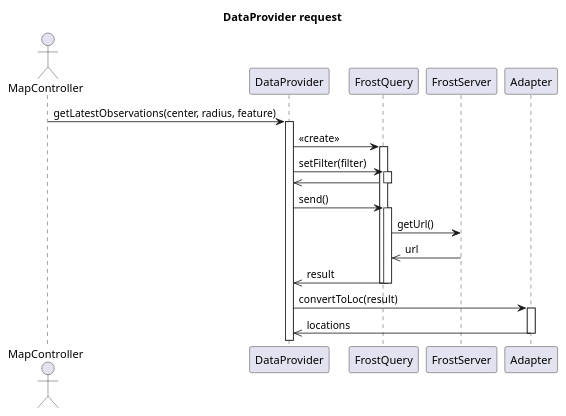
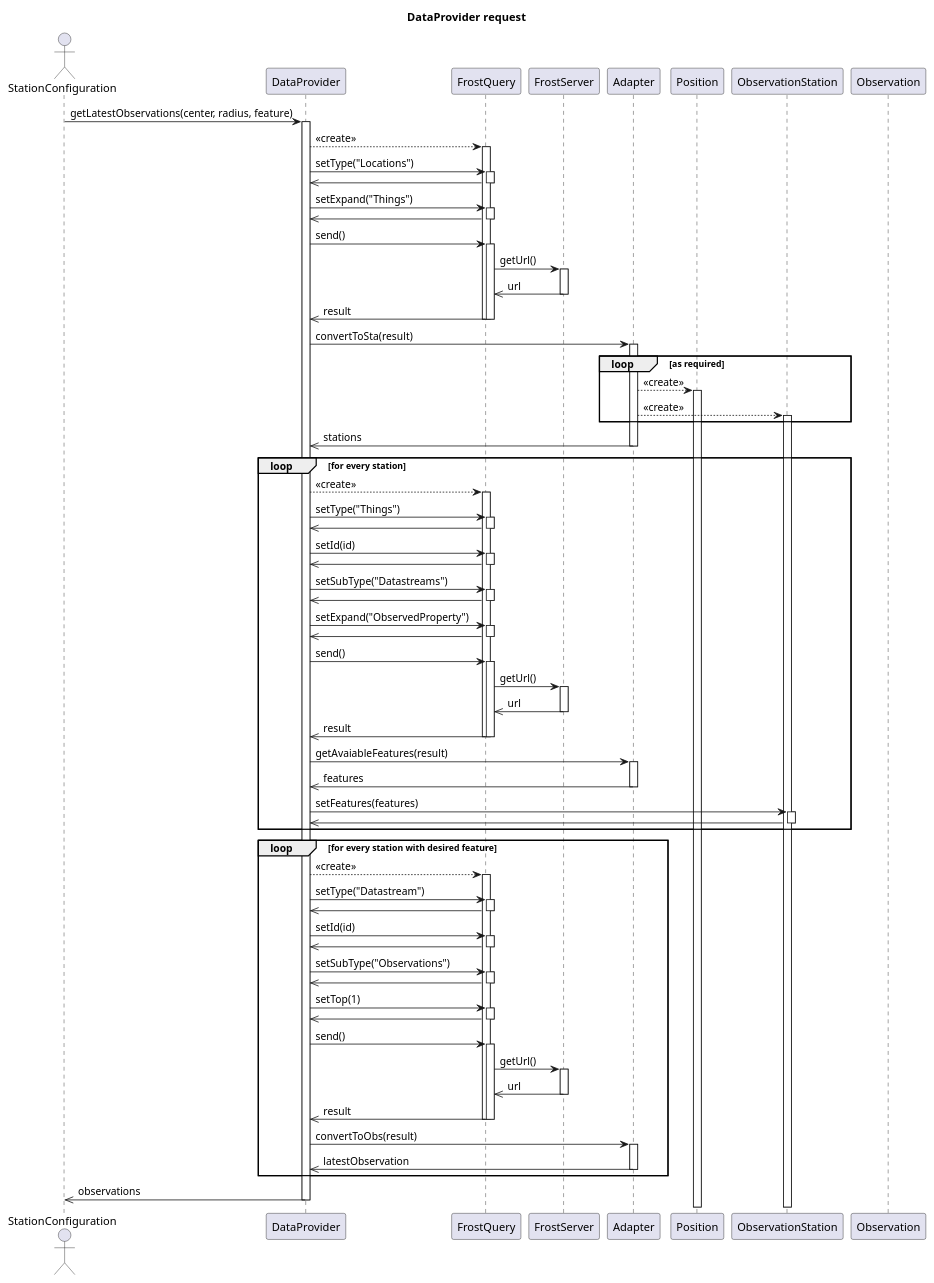
One commit to JonaEnz/pse-airquality-1 changed the diagram in Entwurf/PlantUML/FrostSeq.puml. Above: the diagram before and after it, drawn with PlantUML.

Commit message:
Complete Frost Seq

```diff
--- a/Entwurf/PlantUML/FrostSeq.puml
+++ b/Entwurf/PlantUML/FrostSeq.puml
@@ -1,26 +1,74 @@
 @startuml FrostSeq
 
 title DataProvider request
 
-actor MapController
+actor StationConfiguration
 participant DataProvider
 participant FrostQuery
 participant FrostServer
 participant Adapter
+participant Position
+participant ObservationStation
+participant Observation
 
 
-MapController -> DataProvider ++ : getLatestObservations(center, radius, feature)
-DataProvider -> FrostQuery ++ : <<create>>
-DataProvider -> FrostQuery ++ : setFilter(filter)
+StationConfiguration -> DataProvider ++ : getLatestObservations(center, radius, feature)
+DataProvider --> FrostQuery ++ : <<create>>
+DataProvider -> FrostQuery ++ : setType("Locations")
+FrostQuery ->> DataProvider -- 
+DataProvider -> FrostQuery ++ : setExpand("Things")
 FrostQuery ->> DataProvider --
-
 DataProvider -> FrostQuery ++ : send()
-FrostQuery -> FrostServer : getUrl()
-FrostServer ->> FrostQuery : url
+FrostQuery -> FrostServer ++ : getUrl()
+FrostServer ->> FrostQuery -- : url
 FrostQuery ->> DataProvider -- : result
 deactivate FrostQuery
-DataProvider -> Adapter ++ : convertToLoc(result)
-Adapter ->> DataProvider -- : locations 
+DataProvider -> Adapter ++ : convertToSta(result)
+loop as required
+Adapter --> Position ++ : <<create>>
+Adapter --> ObservationStation ++ : <<create>>
+end
+Adapter ->> DataProvider -- : stations
+loop for every station
+DataProvider --> FrostQuery ++ : <<create>>
+DataProvider -> FrostQuery ++ : setType("Things")
+FrostQuery ->> DataProvider -- 
+DataProvider -> FrostQuery ++ : setId(id)
+FrostQuery ->> DataProvider -- 
+DataProvider -> FrostQuery ++ : setSubType("Datastreams")
+FrostQuery ->> DataProvider -- 
+DataProvider -> FrostQuery ++ : setExpand("ObservedProperty")
+FrostQuery ->> DataProvider -- 
+DataProvider -> FrostQuery ++ : send()
+FrostQuery -> FrostServer ++ : getUrl()
+FrostServer ->> FrostQuery -- : url
+FrostQuery ->> DataProvider -- : result
+deactivate FrostQuery
+DataProvider -> Adapter ++ : getAvaiableFeatures(result)
+Adapter ->> DataProvider -- : features
+deactivate FrostQuery
+DataProvider -> ObservationStation ++ : setFeatures(features)
+ObservationStation ->> DataProvider -- 
+end
+loop for every station with desired feature
+DataProvider --> FrostQuery ++ : <<create>>
+DataProvider -> FrostQuery ++ : setType("Datastream")
+FrostQuery ->> DataProvider -- 
+DataProvider -> FrostQuery ++ : setId(id)
+FrostQuery ->> DataProvider --
+DataProvider -> FrostQuery ++ : setSubType("Observations")
+FrostQuery ->> DataProvider --
+DataProvider -> FrostQuery ++ : setTop(1)
+FrostQuery ->> DataProvider --
+DataProvider -> FrostQuery ++ : send()
+FrostQuery -> FrostServer ++ : getUrl()
+FrostServer ->> FrostQuery -- : url
+FrostQuery ->> DataProvider -- : result
+deactivate FrostQuery
+DataProvider -> Adapter ++ : convertToObs(result)
+Adapter ->> DataProvider -- : latestObservation
+end
+DataProvider ->> StationConfiguration -- : observations 
 
 
 @enduml
```
